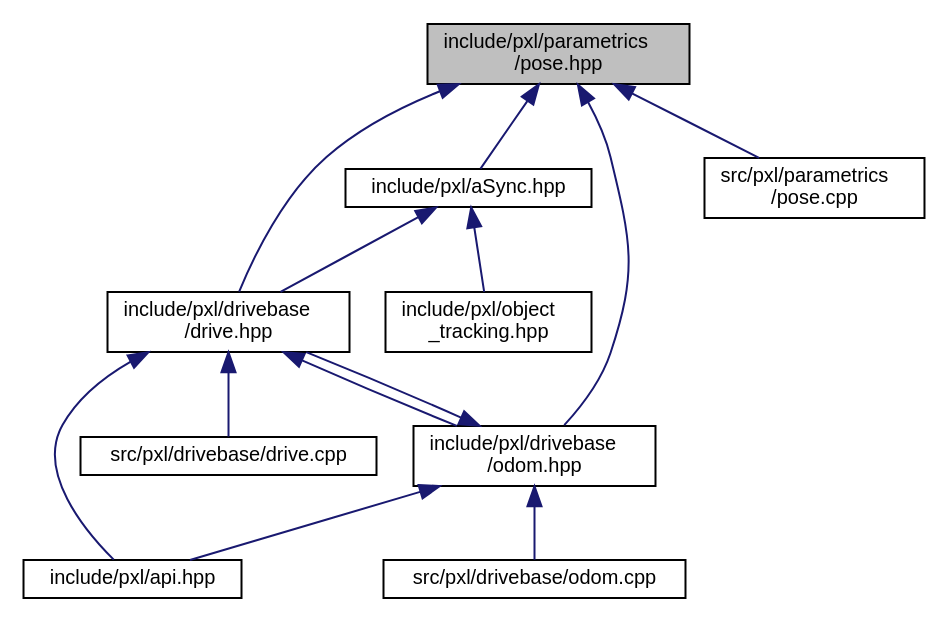
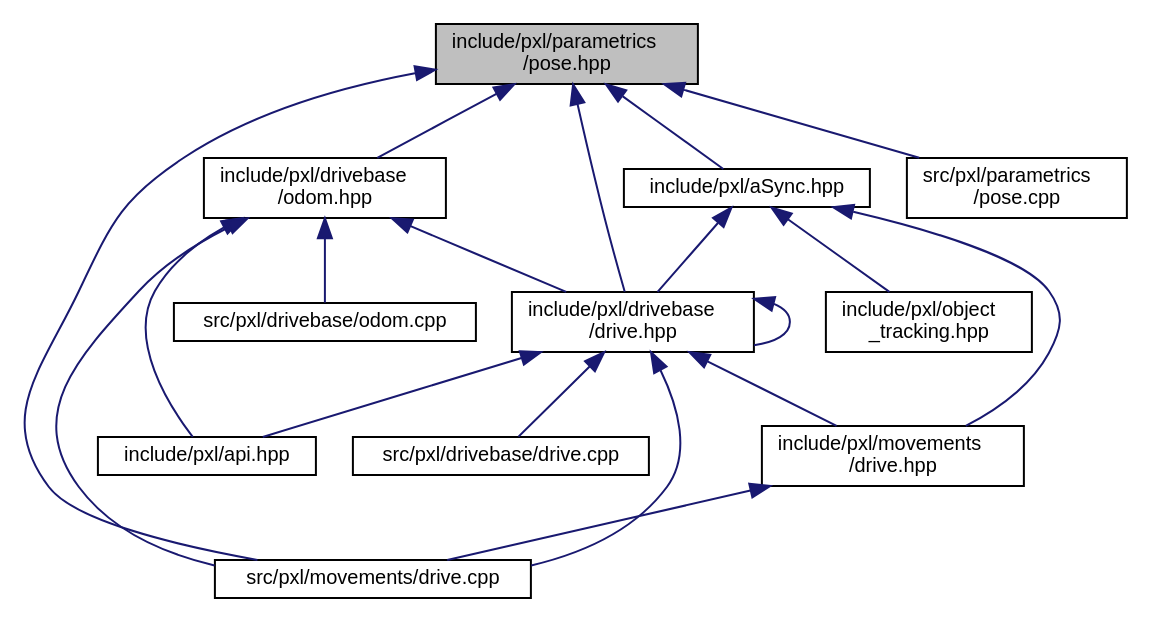
One commit to Pixel-Lib/Pixel changed the diagram in pose_8hpp__dep__incl.dot. Above: the diagram before and after it, drawn with Graphviz. The commit also changed 222 other files, not shown here.

```diff
--- a/pose_8hpp__dep__incl.dot
+++ b/pose_8hpp__dep__incl.dot
@@ -1,27 +1,35 @@
 digraph "include/pxl/parametrics/pose.hpp"
 {
  // LATEX_PDF_SIZE
   edge [fontname="Helvetica",fontsize="10",labelfontname="Helvetica",labelfontsize="10"];
   node [fontname="Helvetica",fontsize="10",shape=record];
   Node1 [label="include/pxl/parametrics\l/pose.hpp",height=0.2,width=0.4,color="black", fillcolor="grey75", style="filled", fontcolor="black",tooltip=" "];
   Node1 -> Node2 [dir="back",color="midnightblue",fontsize="10",style="solid",fontname="Helvetica"];
   Node2 [label="include/pxl/aSync.hpp",height=0.2,width=0.4,color="black", fillcolor="white", style="filled",URL="$aSync_8hpp.html",tooltip=" "];
   Node2 -> Node3 [dir="back",color="midnightblue",fontsize="10",style="solid",fontname="Helvetica"];
-  Node3 [label="include/pxl/drivebase\l/drive.hpp",height=0.2,width=0.4,color="black", fillcolor="white", style="filled",URL="$drive_8hpp.html",tooltip=" "];
+  Node3 [label="include/pxl/drivebase\l/drive.hpp",height=0.2,width=0.4,color="black", fillcolor="white", style="filled",URL="$drivebase_2drive_8hpp.html",tooltip=" "];
   Node3 -> Node4 [dir="back",color="midnightblue",fontsize="10",style="solid",fontname="Helvetica"];
   Node4 [label="include/pxl/api.hpp",height=0.2,width=0.4,color="black", fillcolor="white", style="filled",URL="$api_8hpp.html",tooltip=" "];
+  Node3 -> Node3 [dir="back",color="midnightblue",fontsize="10",style="solid",fontname="Helvetica"];
   Node3 -> Node5 [dir="back",color="midnightblue",fontsize="10",style="solid",fontname="Helvetica"];
-  Node5 [label="include/pxl/drivebase\l/odom.hpp",height=0.2,width=0.4,color="black", fillcolor="white", style="filled",URL="$odom_8hpp.html",tooltip=" "];
-  Node5 -> Node4 [dir="back",color="midnightblue",fontsize="10",style="solid",fontname="Helvetica"];
-  Node5 -> Node3 [dir="back",color="midnightblue",fontsize="10",style="solid",fontname="Helvetica"];
+  Node5 [label="include/pxl/movements\l/drive.hpp",height=0.2,width=0.4,color="black", fillcolor="white", style="filled",URL="$movements_2drive_8hpp.html",tooltip=" "];
   Node5 -> Node6 [dir="back",color="midnightblue",fontsize="10",style="solid",fontname="Helvetica"];
-  Node6 [label="src/pxl/drivebase/odom.cpp",height=0.2,width=0.4,color="black", fillcolor="white", style="filled",URL="$odom_8cpp.html",tooltip=" "];
+  Node6 [label="src/pxl/movements/drive.cpp",height=0.2,width=0.4,color="black", fillcolor="white", style="filled",URL="$movements_2drive_8cpp.html",tooltip=" "];
   Node3 -> Node7 [dir="back",color="midnightblue",fontsize="10",style="solid",fontname="Helvetica"];
-  Node7 [label="src/pxl/drivebase/drive.cpp",height=0.2,width=0.4,color="black", fillcolor="white", style="filled",URL="$drive_8cpp.html",tooltip=" "];
+  Node7 [label="src/pxl/drivebase/drive.cpp",height=0.2,width=0.4,color="black", fillcolor="white", style="filled",URL="$drivebase_2drive_8cpp.html",tooltip=" "];
+  Node3 -> Node6 [dir="back",color="midnightblue",fontsize="10",style="solid",fontname="Helvetica"];
+  Node2 -> Node5 [dir="back",color="midnightblue",fontsize="10",style="solid",fontname="Helvetica"];
   Node2 -> Node8 [dir="back",color="midnightblue",fontsize="10",style="solid",fontname="Helvetica"];
   Node8 [label="include/pxl/object\l_tracking.hpp",height=0.2,width=0.4,color="black", fillcolor="white", style="filled",URL="$object__tracking_8hpp.html",tooltip=" "];
   Node1 -> Node3 [dir="back",color="midnightblue",fontsize="10",style="solid",fontname="Helvetica"];
-  Node1 -> Node5 [dir="back",color="midnightblue",fontsize="10",style="solid",fontname="Helvetica"];
   Node1 -> Node9 [dir="back",color="midnightblue",fontsize="10",style="solid",fontname="Helvetica"];
-  Node9 [label="src/pxl/parametrics\l/pose.cpp",height=0.2,width=0.4,color="black", fillcolor="white", style="filled",URL="$pose_8cpp.html",tooltip=" "];
+  Node9 [label="include/pxl/drivebase\l/odom.hpp",height=0.2,width=0.4,color="black", fillcolor="white", style="filled",URL="$odom_8hpp.html",tooltip=" "];
+  Node9 -> Node4 [dir="back",color="midnightblue",fontsize="10",style="solid",fontname="Helvetica"];
+  Node9 -> Node3 [dir="back",color="midnightblue",fontsize="10",style="solid",fontname="Helvetica"];
+  Node9 -> Node10 [dir="back",color="midnightblue",fontsize="10",style="solid",fontname="Helvetica"];
+  Node10 [label="src/pxl/drivebase/odom.cpp",height=0.2,width=0.4,color="black", fillcolor="white", style="filled",URL="$odom_8cpp.html",tooltip=" "];
+  Node9 -> Node6 [dir="back",color="midnightblue",fontsize="10",style="solid",fontname="Helvetica"];
+  Node1 -> Node6 [dir="back",color="midnightblue",fontsize="10",style="solid",fontname="Helvetica"];
+  Node1 -> Node11 [dir="back",color="midnightblue",fontsize="10",style="solid",fontname="Helvetica"];
+  Node11 [label="src/pxl/parametrics\l/pose.cpp",height=0.2,width=0.4,color="black", fillcolor="white", style="filled",URL="$pose_8cpp.html",tooltip=" "];
 }
```
